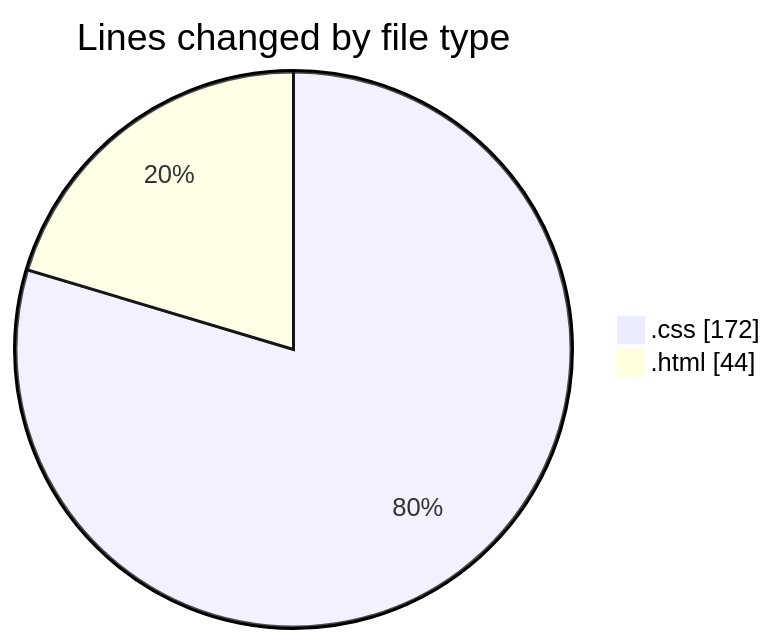
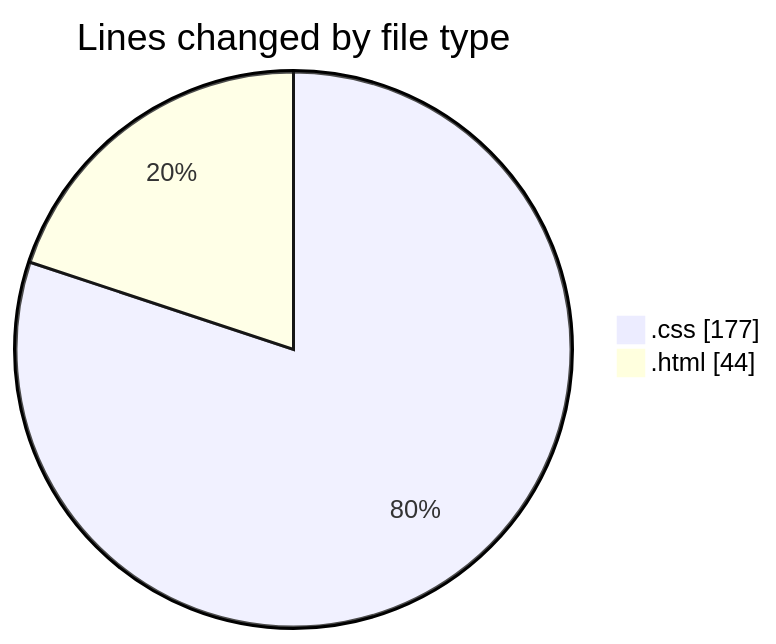
The first of 2 diagrams in 2025-01-26/results-summary-component-main/README.md (NitaiMahat/code-tracking), drawn with Mermaid before and after one commit. The commit also changed other lines of this file and 1 other file, not shown here.

````diff
--- a/2025-01-26/results-summary-component-main/README.md
+++ b/2025-01-26/results-summary-component-main/README.md
@@ -21,6 +21,6 @@
 ```mermaid
 pie showData
 title Lines changed by file type
-".css" : 172
+".css" : 177
 ".html" : 44
 ```
````
